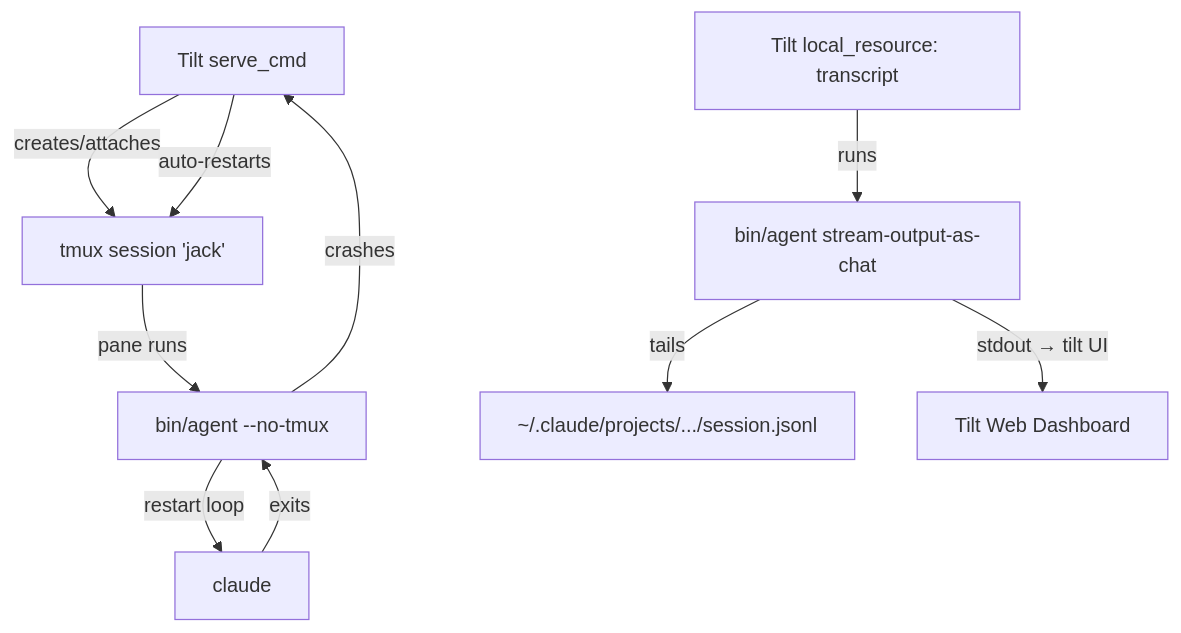
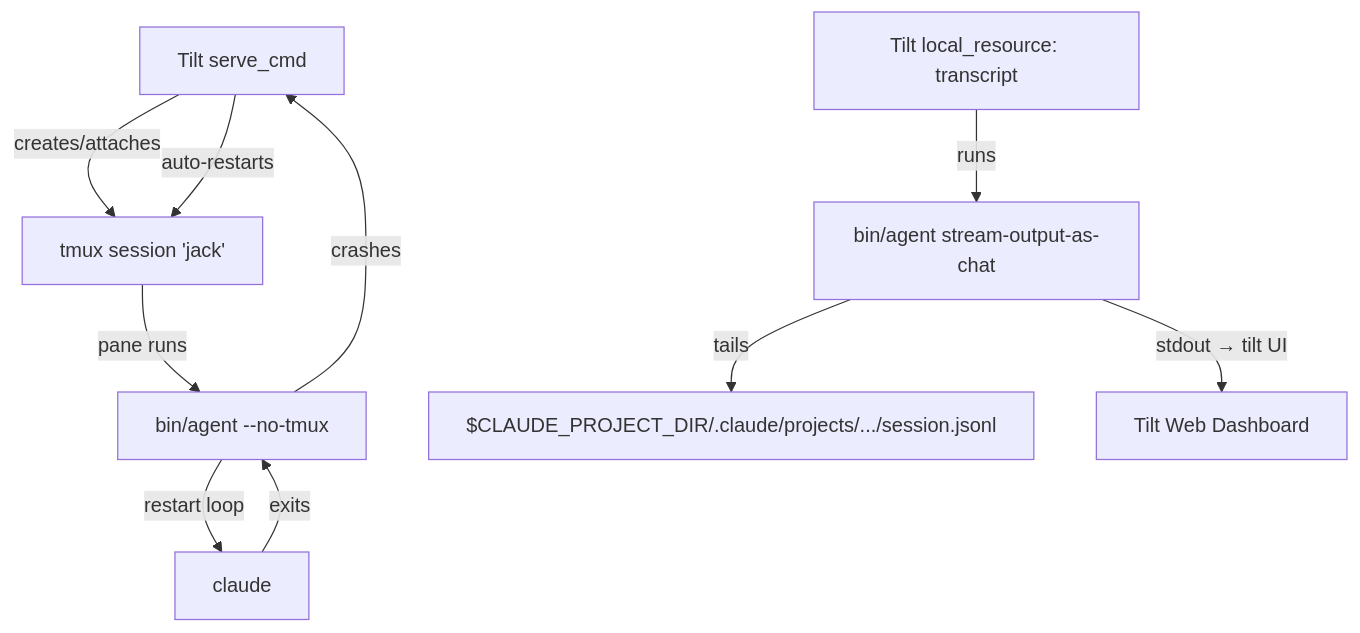
Before and after one commit to nsheaps/agents: the first of 2 diagrams in docs/specs/tilt-orchestration.md, drawn with Mermaid. The commit also changed other lines of this file, not shown here.

First line of the commit message:
docs(spec): clarify .claude/ paths as project-level vs agent-repo in tilt-orchestration spec

````diff
--- a/docs/specs/tilt-orchestration.md
+++ b/docs/specs/tilt-orchestration.md
@@ -83,13 +83,13 @@
 ```mermaid
 graph TD
     TILT[Tilt serve_cmd] -->|creates/attaches| TMUX[tmux session 'jack']
     TMUX -->|pane runs| AGENT[bin/agent --no-tmux]
     AGENT -->|restart loop| CLAUDE[claude]
     CLAUDE -->|exits| AGENT
     AGENT -->|crashes| TILT
     TILT -->|auto-restarts| TMUX
     
     TILT2[Tilt local_resource: transcript] -->|runs| STREAM[bin/agent stream-output-as-chat]
-    STREAM -->|tails| JSONL[~/.claude/projects/.../session.jsonl]
+    STREAM -->|tails| JSONL[$CLAUDE_PROJECT_DIR/.claude/projects/.../session.jsonl]
     STREAM -->|stdout → tilt UI| UI[Tilt Web Dashboard]
 ```
````
